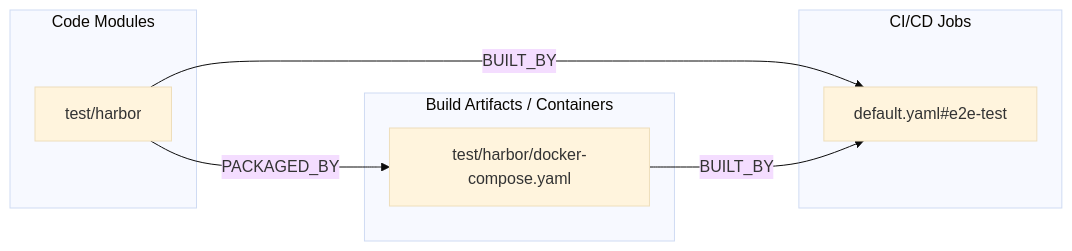
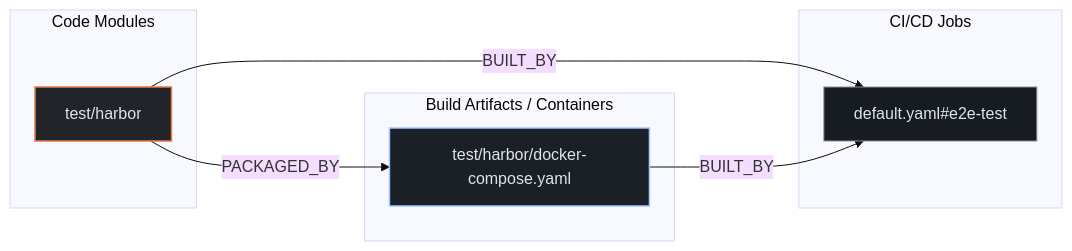
Before and after one commit to kumarshaz/atruss-code-atlas: the second of 3 diagrams in exports/latest/reports/goharbor-harbor-cli-report.md, drawn with Mermaid (base theme). The commit also changed other lines of this file and 331 other files, not shown here.

Commit message:
docs,ui,fix: update SDLC docs, reorder CI/CD DAG first, stylize Mermaid, and fix Arc42 pipeline topology

````diff
--- a/exports/latest/reports/goharbor-harbor-cli-report.md
+++ b/exports/latest/reports/goharbor-harbor-cli-report.md
@@ -196,15 +203,19 @@
 ```mermaid
 flowchart LR
+    classDef atlasCategory fill:#212428,stroke:#E87A48,stroke-width:1.5px,color:#dfe3eb
+    classDef atlasWorkflow fill:#1b2026,stroke:#a3c9ff,stroke-width:1.5px,color:#dfe3eb
+    classDef atlasJob fill:#171c22,stroke:#8d9199,stroke-width:1px,color:#dfe3eb
+    classDef atlasTarget fill:#005227,stroke:#8bd99b,stroke-width:1.5px,color:#a7f6b6
     subgraph code_modules["Code Modules"]
-        mod_test_harbor["test/harbor"]
+        mod_test_harbor["test/harbor"]:::atlasCategory
     end
     subgraph build_artifacts["Build Artifacts / Containers"]
-        art_test_harbor_docker_compose_yaml["test/harbor/docker-compose.yaml"]
+        art_test_harbor_docker_compose_yaml["test/harbor/docker-compose.yaml"]:::atlasWorkflow
     end
     subgraph ci_jobs["CI/CD Jobs"]
-        job_default_yaml_e2e_test["default.yaml#e2e-test"]
+        job_default_yaml_e2e_test["default.yaml#e2e-test"]:::atlasJob
     end
     mod_test_harbor -->|BUILT_BY| job_default_yaml_e2e_test
     mod_test_harbor -->|PACKAGED_BY| art_test_harbor_docker_compose_yaml
     art_test_harbor_docker_compose_yaml -->|BUILT_BY| job_default_yaml_e2e_test
 ```
````
